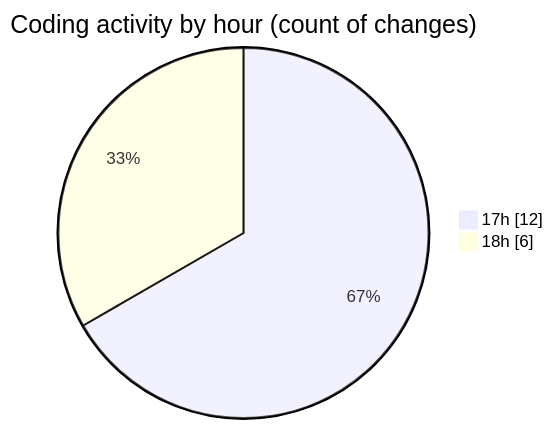
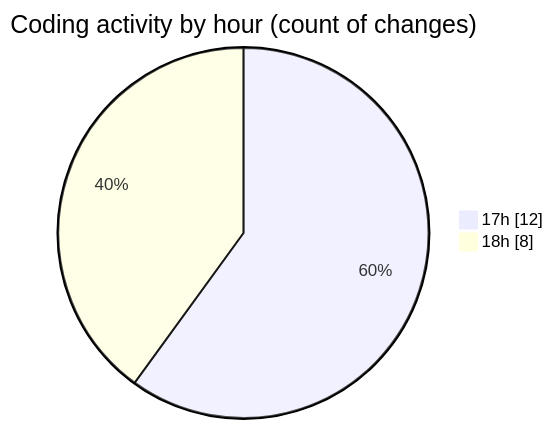
One commit to donsfak/code-tracking changed the second of 2 diagrams in 2025-02-16/uber_clone/README.md. Above: the diagram before and after it, drawn with Mermaid. The commit also changed other lines of this file and 1 other file, not shown here.

````diff
--- a/2025-02-16/uber_clone/README.md
+++ b/2025-02-16/uber_clone/README.md
@@ -39,6 +39,6 @@
 ```mermaid
 pie showData
 title Coding activity by hour (count of changes)
 "17h" : 12
-"18h" : 6
+"18h" : 8
 ```
````
